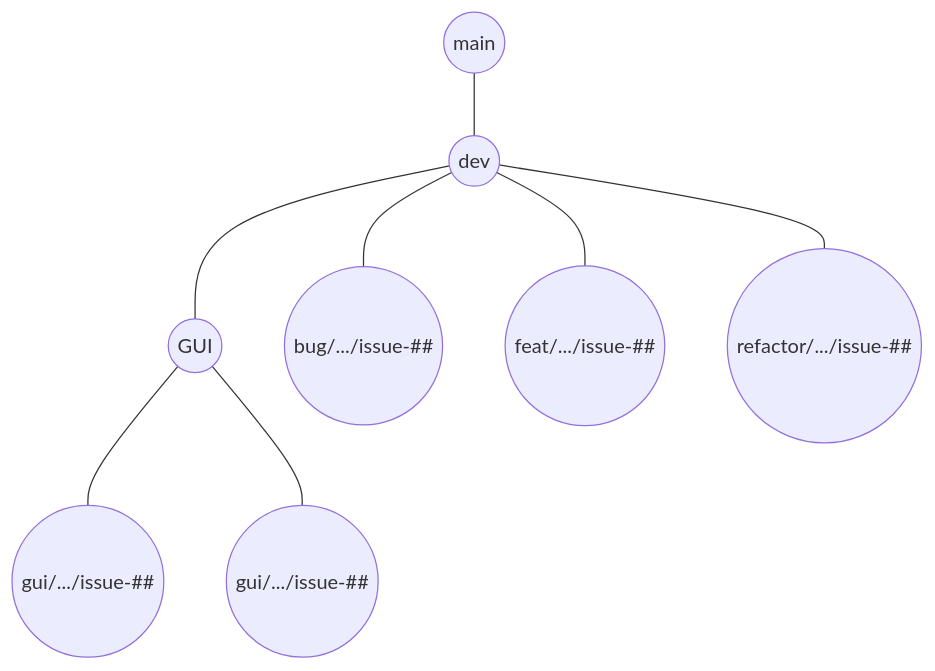
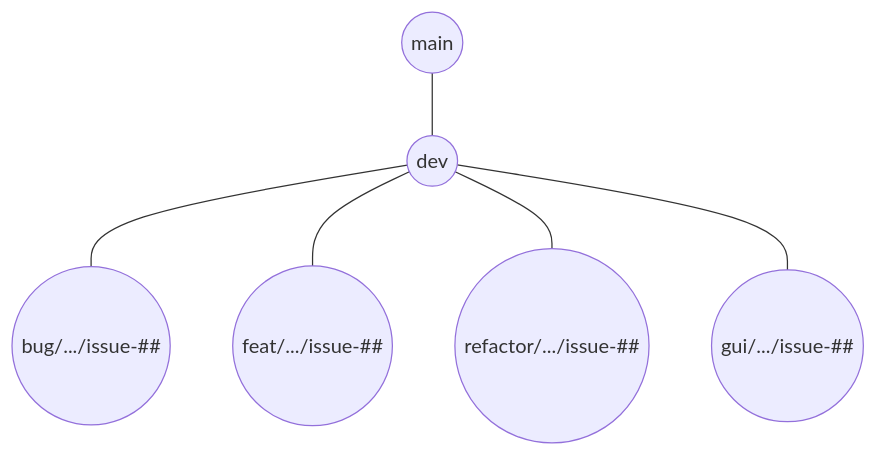
Before and after one commit to Kaholaz/quizmaker: the diagram in README.md, drawn with Mermaid.

Commit message:
Updated branch structure

````diff
--- a/README.md
+++ b/README.md
@@ -3,22 +3,18 @@
 ```mermaid
 graph TD
    a((main))
    b((dev))
    
-   d((GUI))
    e((gui/.../issue-##))
-   f((gui/.../issue-##))
    
    
    h((bug/.../issue-##))
    i((feat/.../issue-##))
    j((refactor/.../issue-##))
    
    a---b
    b---h
    b---i
-   b---d
    b---j
-   d---e
-   d---f
+   b---e
 ```
````
